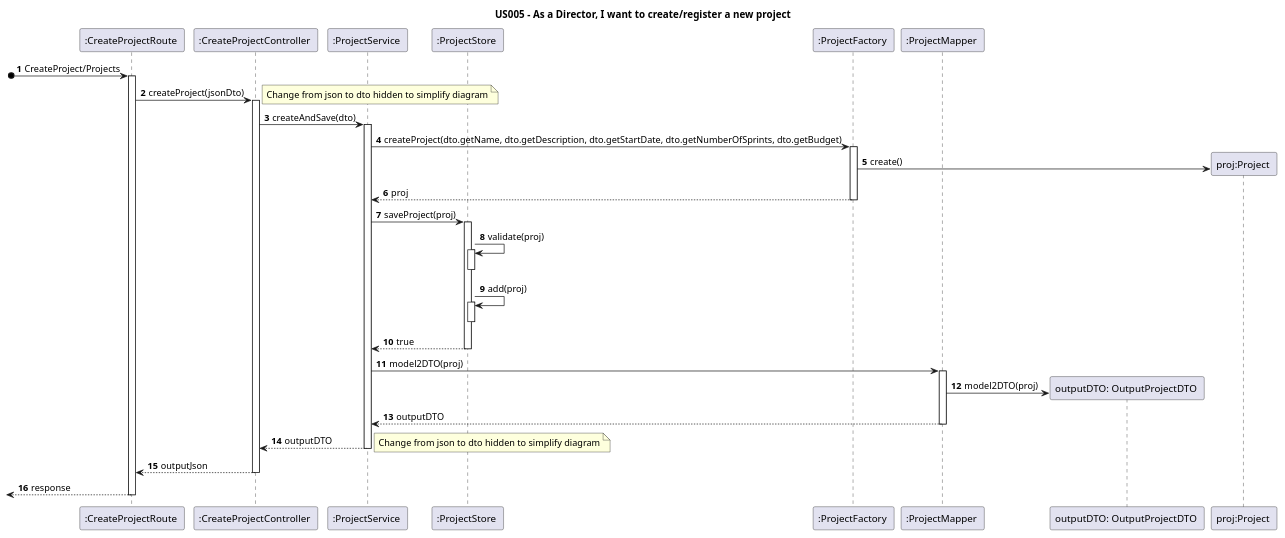
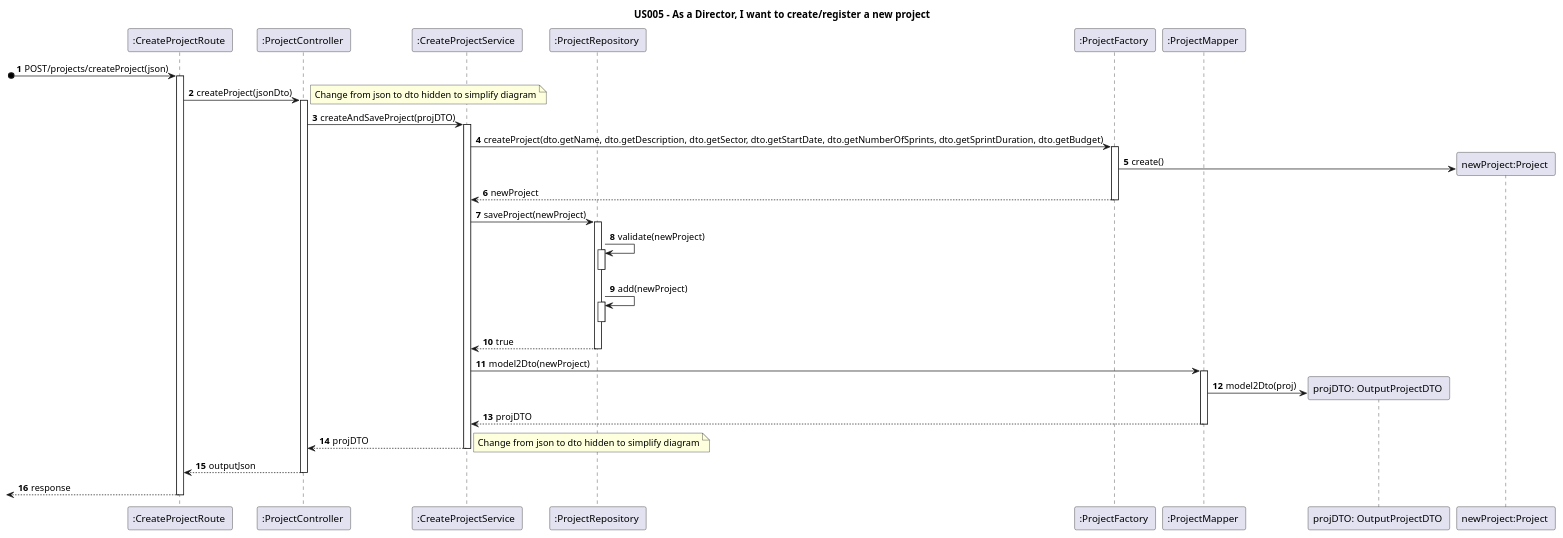
Before and after one commit to nunogon1211787/projectManagement: the diagram in docs/Sprint1/US005/US005-SD.puml, drawn with PlantUML. The commit also changed 1 other file, not shown here.

```diff
--- a/docs/Sprint1/US005/US005-SD.puml
+++ b/docs/Sprint1/US005/US005-SD.puml
@@ -1,58 +1,58 @@
 @startuml
 'https://plantuml.com/class-diagram
 
 title US005 - As a Director, I want to create/register a new project
 
 autoactivate on
 autonumber
 
 
 participant ":CreateProjectRoute " as route
-participant ":CreateProjectController " as controller
-participant ":ProjectService " as service
-participant ":ProjectStore " as store
+participant ":ProjectController " as controller
+participant ":CreateProjectService " as service
+participant ":ProjectRepository " as store
 participant ":ProjectFactory " as factory
 participant ":ProjectMapper " as mapper
-participant "outputDTO: OutputProjectDTO " as dto
-participant "proj:Project " as project
+participant "projDTO: OutputProjectDTO " as dto
+participant "newProject:Project " as project
 
 
-[o->  route: CreateProject/Projects
+[o->  route: POST/projects/createProject(json)
 route -> controller: createProject(jsonDto)
 
 note right
 Change from json to dto hidden to simplify diagram
 end note
 
-controller -> service: createAndSave(dto)
-service -> factory: createProject(dto.getName, dto.getDescription, dto.getStartDate, dto.getNumberOfSprints, dto.getBudget)
+controller -> service: createAndSaveProject(projDTO)
+service -> factory: createProject(dto.getName, dto.getDescription, dto.getSector, dto.getStartDate, dto.getNumberOfSprints, dto.getSprintDuration, dto.getBudget)
 
 factory -> project**: create()
 
-factory --> service: proj
+factory --> service: newProject
 
-service -> store: saveProject(proj)
-store -> store: validate(proj)
+service -> store: saveProject(newProject)
+store -> store: validate(newProject)
 deactivate store
-store -> store: add(proj)
+store -> store: add(newProject)
 deactivate store
 
 store --> service: true
 
-service -> mapper: model2DTO(proj)
+service -> mapper: model2Dto(newProject)
 
-mapper -> dto**: model2DTO(proj)
+mapper -> dto**: model2Dto(proj)
 
-mapper --> service: outputDTO
+mapper --> service: projDTO
 
-service --> controller: outputDTO
+service --> controller: projDTO
 
 note right
 Change from json to dto hidden to simplify diagram
 end note
 
 controller --> route: outputJson
 
 [<-- route: response
 
 @enduml
```
